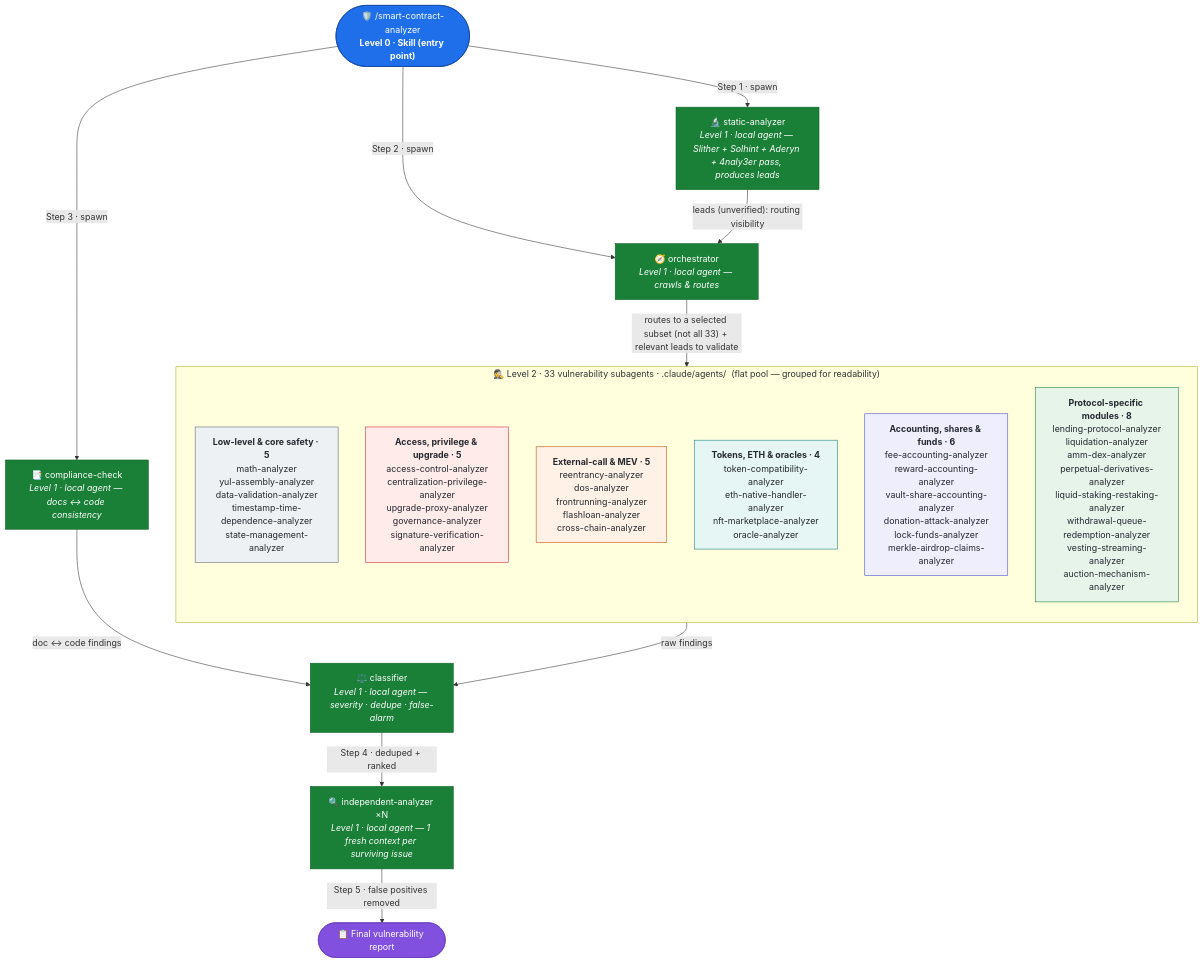
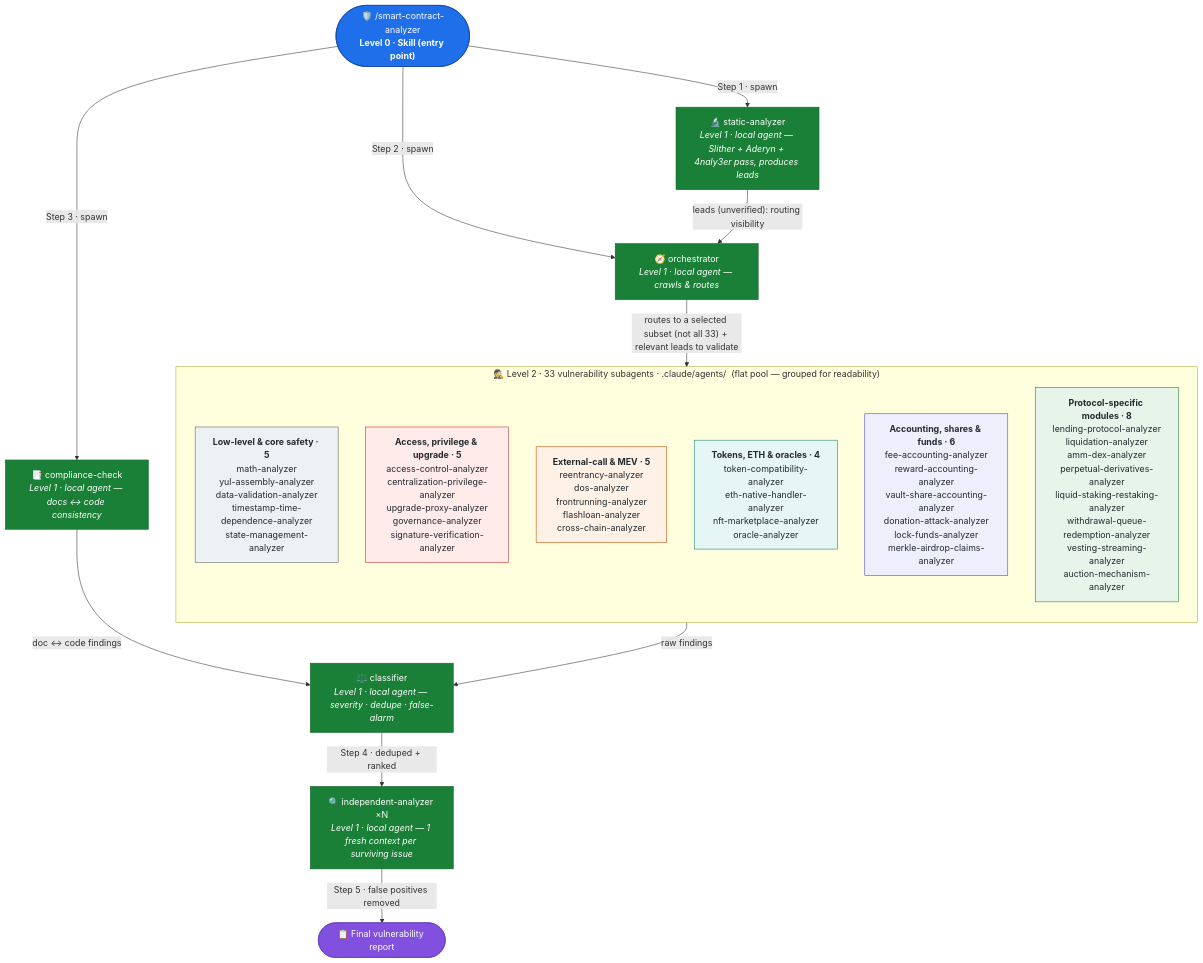
Before and after one commit to mnedelchev-vn/solidity-claude-setup: the diagram in .claude/skills/smart-contract-analyzer/README.md, drawn with Mermaid. The commit also changed other lines of this file and 3 other files, not shown here.

First line of the commit message:
refactor(static-analyzer): drop Solhint from static analysis pass

````diff
--- a/.claude/skills/smart-contract-analyzer/README.md
+++ b/.claude/skills/smart-contract-analyzer/README.md
@@ -9,44 +9,44 @@
 ```mermaid
 flowchart TD
     SKILL(["🛡️ /smart-contract-analyzer<br/><b>Level 0 · Skill (entry point)</b>"])
-    STATIC["🔬 static-analyzer<br/><i>Level 1 · local agent — Slither + Solhint + Aderyn + 4naly3er pass, produces leads</i>"]
+    STATIC["🔬 static-analyzer<br/><i>Level 1 · local agent — Slither + Aderyn + 4naly3er pass, produces leads</i>"]
     ORCH["🧭 orchestrator<br/><i>Level 1 · local agent — crawls & routes</i>"]
     COMPL["📑 compliance-check<br/><i>Level 1 · local agent — docs ↔ code consistency</i>"]
     CLASS["⚖️ classifier<br/><i>Level 1 · local agent — severity · dedupe · false-alarm</i>"]
     INDEP["🔍 independent-analyzer ×N<br/><i>Level 1 · local agent — 1 fresh context per surviving issue</i>"]
     OUT(["📋 Final vulnerability report"])
 
     subgraph POOL["🕵️ Level 2 · 33 vulnerability subagents · .claude/agents/ &nbsp;(flat pool — grouped for readability)"]
       direction TB
       G1["<b>Low-level &amp; core safety · 5</b><br/>math-analyzer<br/>yul-assembly-analyzer<br/>data-validation-analyzer<br/>timestamp-time-dependence-analyzer<br/>state-management-analyzer"]
       G2["<b>Access, privilege &amp; upgrade · 5</b><br/>access-control-analyzer<br/>centralization-privilege-analyzer<br/>upgrade-proxy-analyzer<br/>governance-analyzer<br/>signature-verification-analyzer"]
       G3["<b>External-call &amp; MEV · 5</b><br/>reentrancy-analyzer<br/>dos-analyzer<br/>frontrunning-analyzer<br/>flashloan-analyzer<br/>cross-chain-analyzer"]
       G4["<b>Tokens, ETH &amp; oracles · 4</b><br/>token-compatibility-analyzer<br/>eth-native-handler-analyzer<br/>nft-marketplace-analyzer<br/>oracle-analyzer"]
       G5["<b>Accounting, shares &amp; funds · 6</b><br/>fee-accounting-analyzer<br/>reward-accounting-analyzer<br/>vault-share-accounting-analyzer<br/>donation-attack-analyzer<br/>lock-funds-analyzer<br/>merkle-airdrop-claims-analyzer"]
       G6["<b>Protocol-specific modules · 8</b><br/>lending-protocol-analyzer<br/>liquidation-analyzer<br/>amm-dex-analyzer<br/>perpetual-derivatives-analyzer<br/>liquid-staking-restaking-analyzer<br/>withdrawal-queue-redemption-analyzer<br/>vesting-streaming-analyzer<br/>auction-mechanism-analyzer"]
     end
 
     SKILL -- "Step 1 · spawn" --> STATIC
     SKILL -- "Step 2 · spawn" --> ORCH
     SKILL -- "Step 3 · spawn" --> COMPL
     STATIC -- "leads (unverified): routing visibility" --> ORCH
     ORCH -- "routes to a selected subset (not all 33) + relevant leads to validate" --> POOL
     POOL -- "raw findings" --> CLASS
     COMPL -- "doc ↔ code findings" --> CLASS
     CLASS -- "Step 4 · deduped + ranked" --> INDEP
     INDEP -- "Step 5 · false positives removed" --> OUT
 
     classDef skill fill:#1f6feb,stroke:#0d419d,color:#fff;
     classDef local fill:#1a7f37,stroke:#116329,color:#fff;
     classDef out fill:#8250df,stroke:#6639ba,color:#fff;
     classDef g1 fill:#eef1f4,stroke:#57606a,color:#24292f;
     classDef g2 fill:#ffebe9,stroke:#cf222e,color:#24292f;
     classDef g3 fill:#fff1e5,stroke:#bc4c00,color:#24292f;
     classDef g4 fill:#e6f6f4,stroke:#0f7c74,color:#24292f;
     classDef g5 fill:#eeeefc,stroke:#4646c9,color:#24292f;
     classDef g6 fill:#e6f4ea,stroke:#1a7f37,color:#24292f;
     class SKILL skill;
     class STATIC,ORCH,COMPL,CLASS,INDEP local;
     class OUT out;
     class G1 g1; class G2 g2; class G3 g3; class G4 g4; class G5 g5; class G6 g6;
 ```
````
